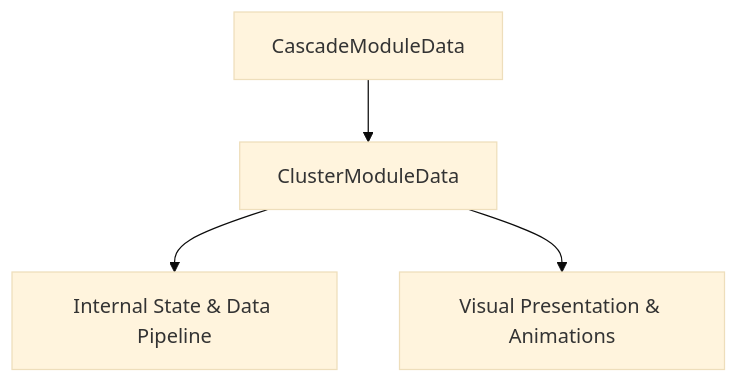
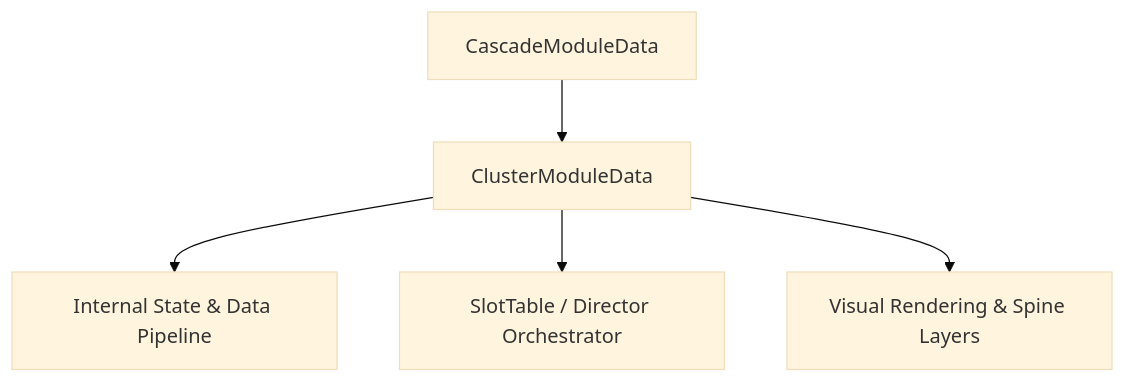
One commit to lam-ark/mcp-fwcc changed the diagram in docs/cc_slot_mechanics/modules/ClusterModuleData/01_overview/01_architecture_and_role.md. Above: the diagram before and after it, drawn with Mermaid (base theme). The commit also changed other lines of this file and 2509 other files, not shown here.

````diff
--- a/docs/cc_slot_mechanics/modules/ClusterModuleData/01_overview/01_architecture_and_role.md
+++ b/docs/cc_slot_mechanics/modules/ClusterModuleData/01_overview/01_architecture_and_role.md
@@ -18,6 +24,7 @@
 ```mermaid
 graph TD
-    Parent[CascadeModuleData] --> Mod[ClusterModuleData]
-    Mod --> State[Internal State & Data Pipeline]
-    Mod --> Render[Visual Presentation & Animations]
+    SuperClass[CascadeModuleData] --> TargetClass[ClusterModuleData]
+    TargetClass --> DataPipeline[Internal State & Data Pipeline]
+    TargetClass --> Orchestrator[SlotTable / Director Orchestrator]
+    TargetClass --> ViewLayer[Visual Rendering & Spine Layers]
 ```
````
